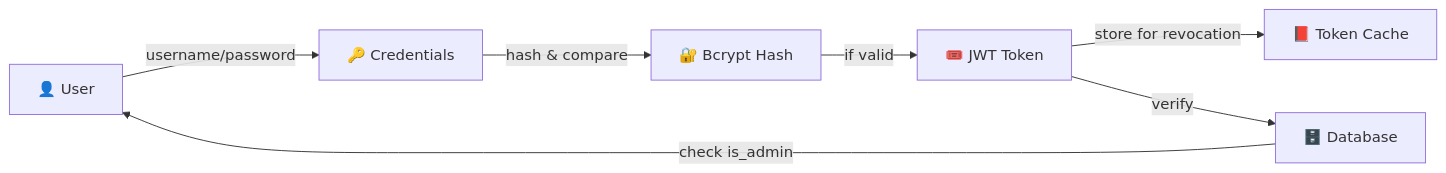
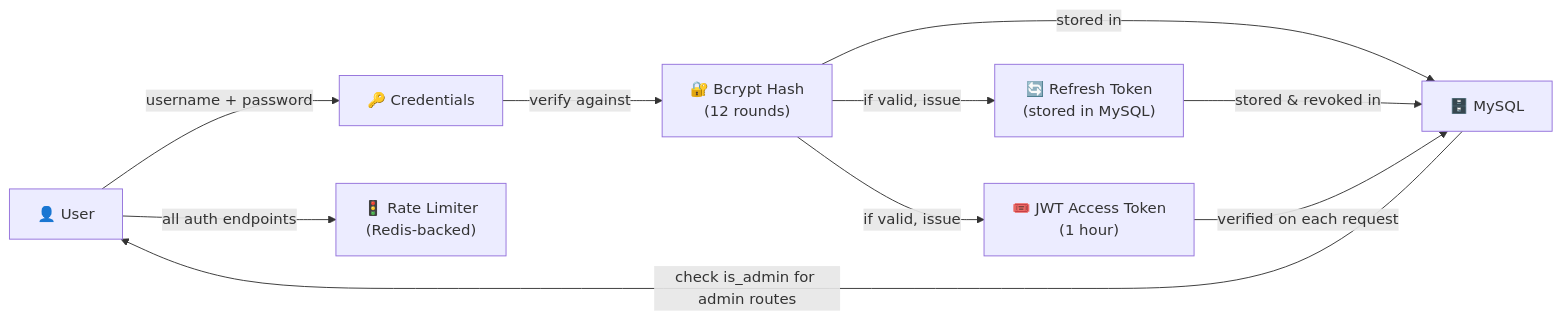
The fourth of 4 diagrams in ARCHITECTURE.md (fara77ezma/Leader-Board-Real-Time-System), drawn with Mermaid before and after one commit. The commit also changed other lines of this file, not shown here.

First line of the commit message:
Revise architecture document for clarity and accuracy

````diff
--- a/ARCHITECTURE.md
+++ b/ARCHITECTURE.md
@@ -131,16 +139,20 @@
 ```mermaid
 graph LR
     User["👤 User"]
     Creds["🔑 Credentials"]
-    Hash["🔐 Bcrypt Hash"]
-    JWT["🎟️ JWT Token"]
-    Redis["📕 Token Cache"]
-    DB["🗄️ Database"]
-    
-    User -->|username/password| Creds
-    Creds -->|hash & compare| Hash
-    Hash -->|if valid| JWT
-    JWT -->|store for revocation| Redis
-    JWT -->|verify| DB
-    DB -->|check is_admin| User
+    Hash["🔐 Bcrypt Hash\n(12 rounds)"]
+    JWT["🎟️ JWT Access Token\n(1 hour)"]
+    RT["🔄 Refresh Token\n(stored in MySQL)"]
+    DB["🗄️ MySQL"]
+    RL["🚦 Rate Limiter\n(Redis-backed)"]
+
+    User -->|username + password| Creds
+    Creds -->|verify against| Hash
+    Hash -->|stored in| DB
+    Hash -->|if valid, issue| JWT
+    Hash -->|if valid, issue| RT
+    RT -->|stored & revoked in| DB
+    JWT -->|verified on each request| DB
+    DB -->|check is_admin for admin routes| User
+    User -->|all auth endpoints| RL
 ```
````
